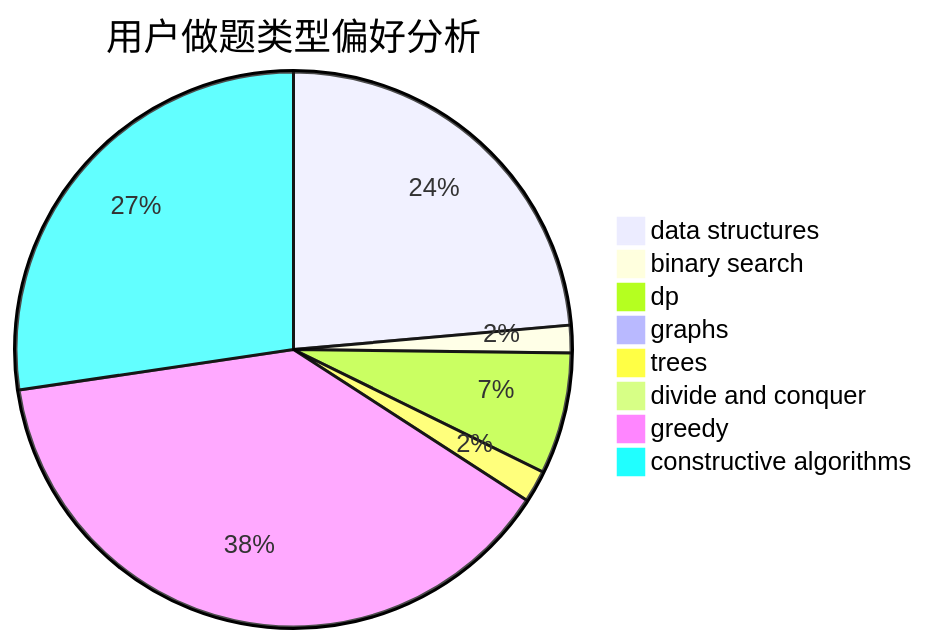
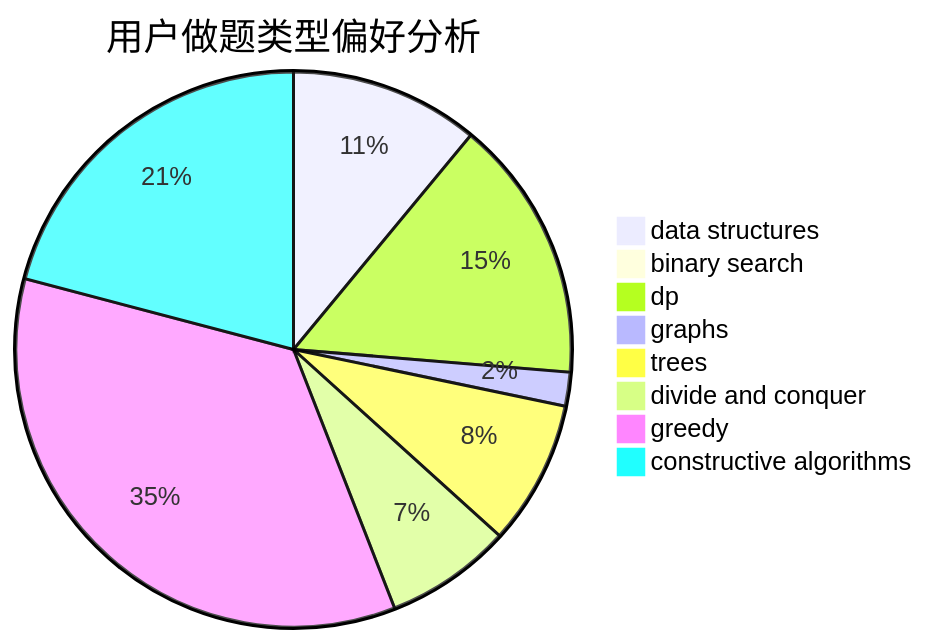
Before and after one commit to sherpahu/cfrs.github.io: the second of 3 diagrams in docs/user/u135.md, drawn with Mermaid. The commit also changed other lines of this file and 2770 other files, not shown here.

````diff
--- a/docs/user/u135.md
+++ b/docs/user/u135.md
@@ -23,11 +23,11 @@
 ```mermaid
 pie title 用户做题类型偏好分析
-    "data structures" :  177
-    "binary search" :  12
-    "dp" :  53
-    "graphs" :  2
-    "trees" :  14
-    "divide and conquer" :  0
-    "greedy" :  289
-    "constructive algorithms" :  205
+    "data structures" :  179
+    "binary search" :  6
+    "dp" :  249
+    "graphs" :  32
+    "trees" :  137
+    "divide and conquer" :  120
+    "greedy" :  570
+    "constructive algorithms" :  340
 ```
````
